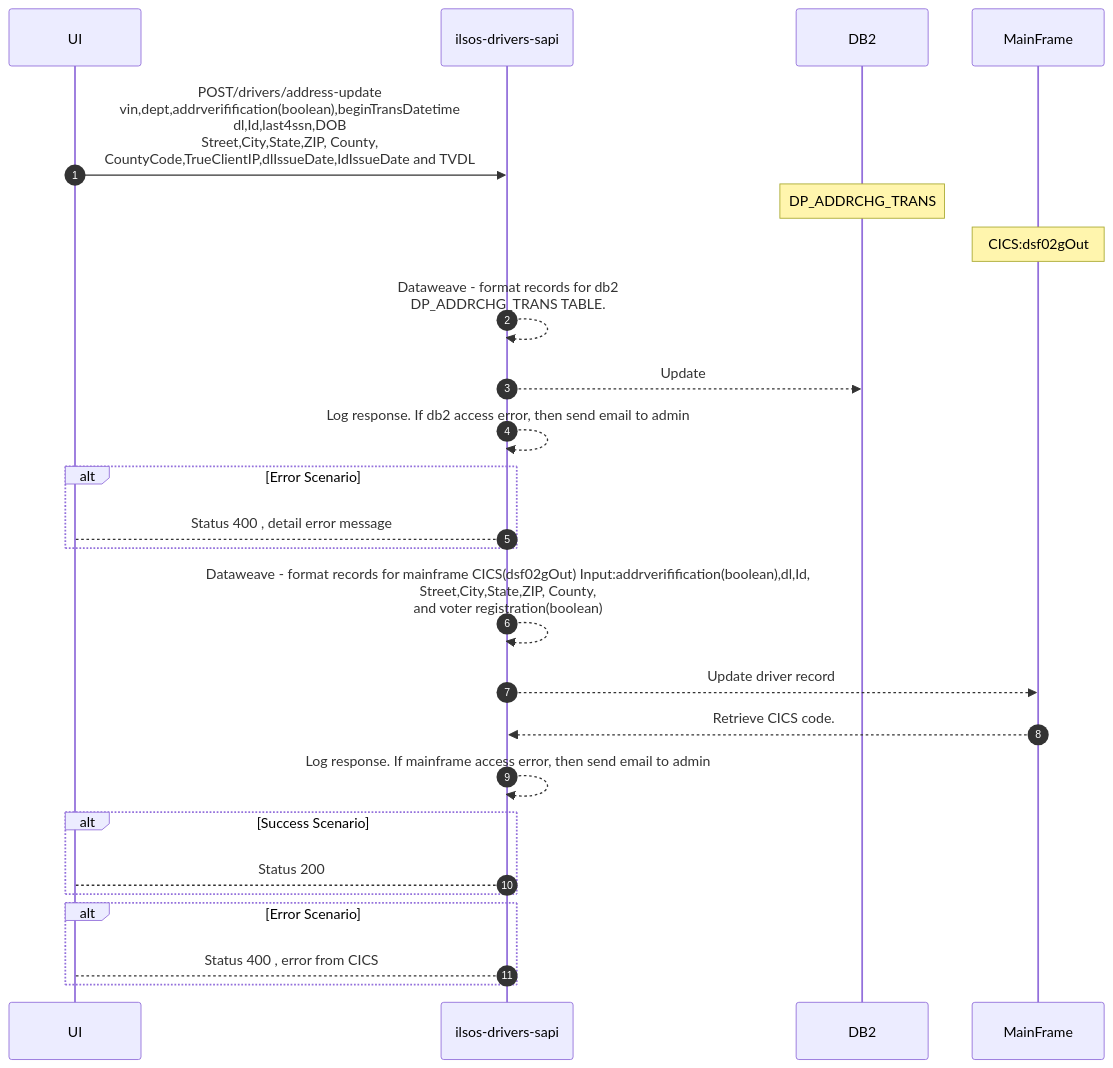
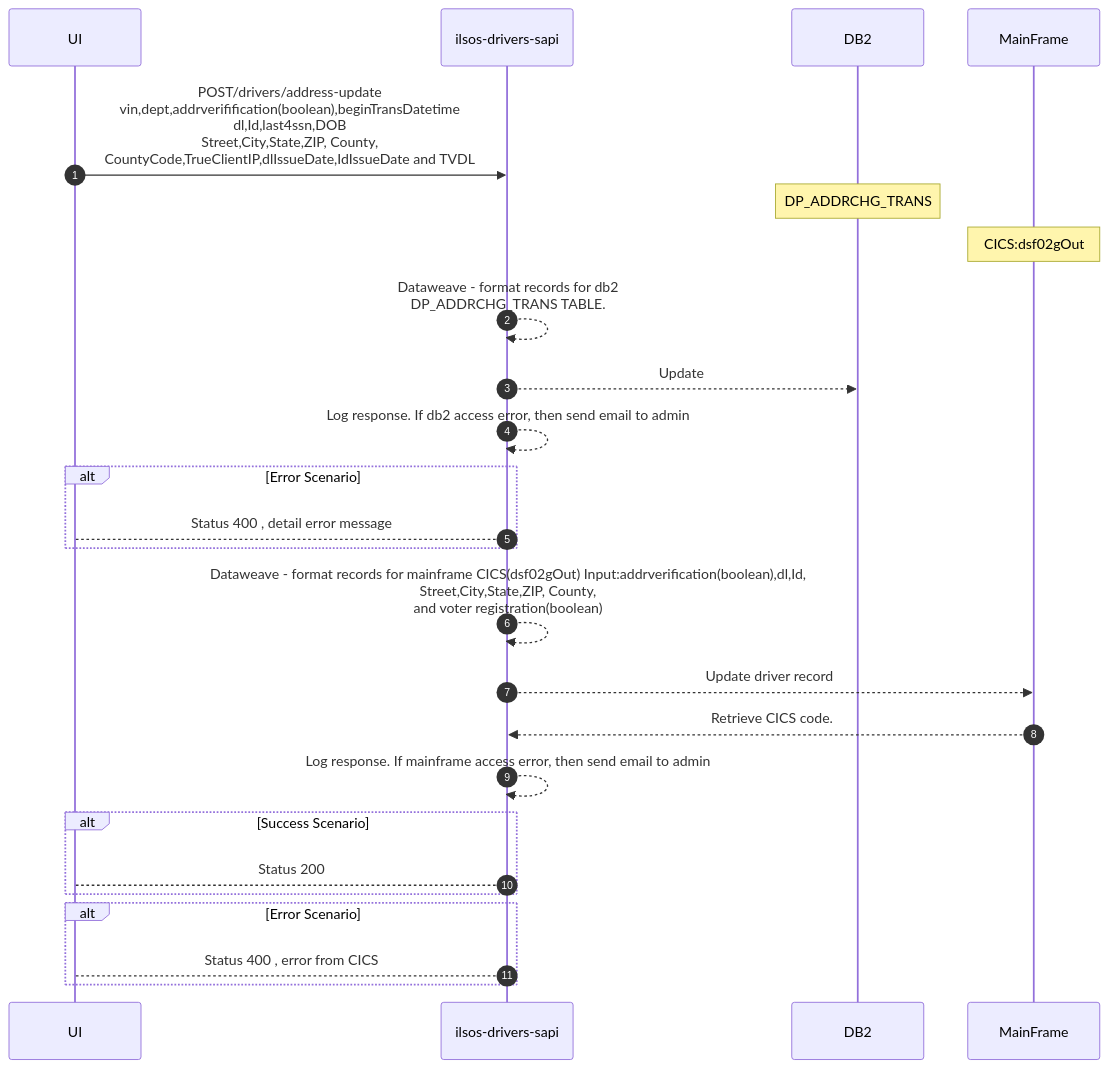
One commit to acme-devs/ilsos-drivers-sapi changed the first of 3 diagrams in README.md. Above: the diagram before and after it, drawn with Mermaid.

````diff
--- a/README.md
+++ b/README.md
@@ -32,29 +32,29 @@
 ```mermaid
 sequenceDiagram
     autonumber
     participant ui as UI
     participant api as ilsos-drivers-sapi
     participant db2 as DB2
     participant mainframe as MainFrame
 
     ui->>api:POST/drivers/address-update <br>vin,dept,addrverifification(boolean),beginTransDatetime<br>dl,Id,last4ssn,DOB<br>Street,City,State,ZIP, County,<br>CountyCode,TrueClientIP,dlIssueDate,IdIssueDate and TVDL
 
     note over db2:DP_ADDRCHG_TRANS
     note over mainframe:CICS:dsf02gOut
     api-->>api:Dataweave - format records for db2<BR> DP_ADDRCHG_TRANS TABLE.
     api-->>db2:Update
     api-->>api:Log response. If db2 access error, then send email to admin
     alt Error Scenario 
         api-->ui: Status 400 , detail error message
     end
-    api-->>api:Dataweave - format records for mainframe CICS(dsf02gOut) Input:addrverifification(boolean),dl,Id,<br>Street,City,State,ZIP, County,<br>and voter registration(boolean)
+    api-->>api:Dataweave - format records for mainframe CICS(dsf02gOut) Input:addrverification(boolean),dl,Id,<br>Street,City,State,ZIP, County,<br>and voter registration(boolean)
     api-->>mainframe:Update driver record
     mainframe-->>api:Retrieve CICS code.
     api-->>api:Log response. If mainframe access error, then send email to admin
     alt Success Scenario 
         api-->ui: Status 200 
     end
     alt Error Scenario 
         api-->ui: Status 400 , error from CICS
     end
   ```
````
